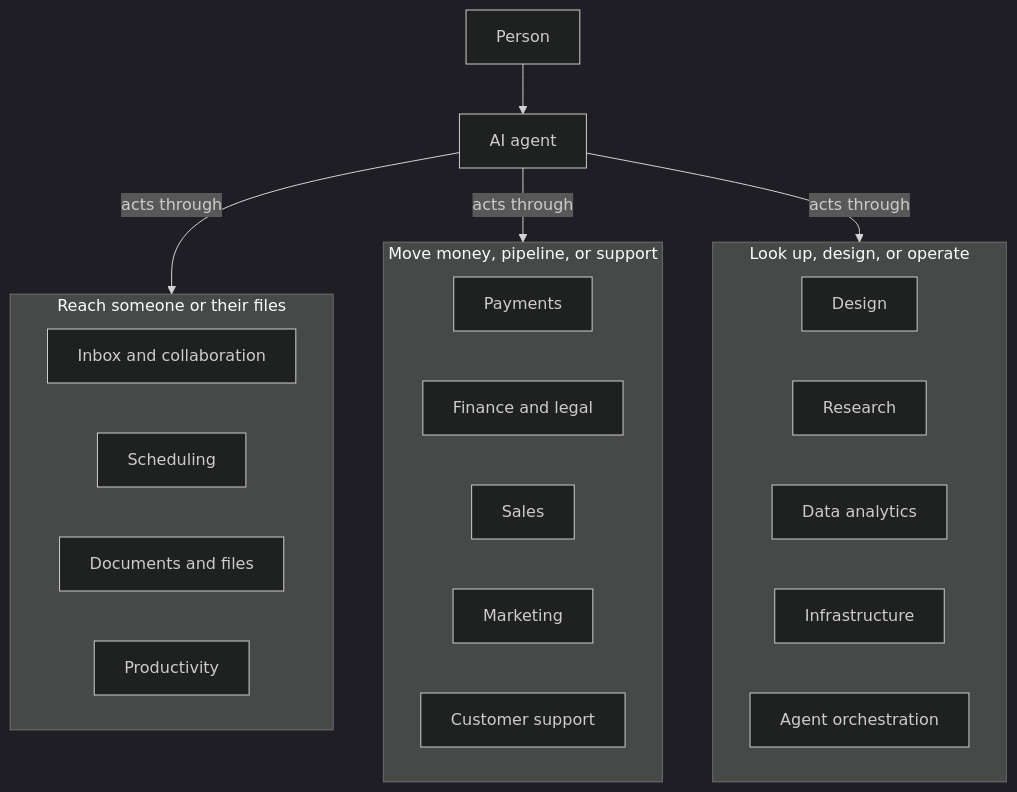
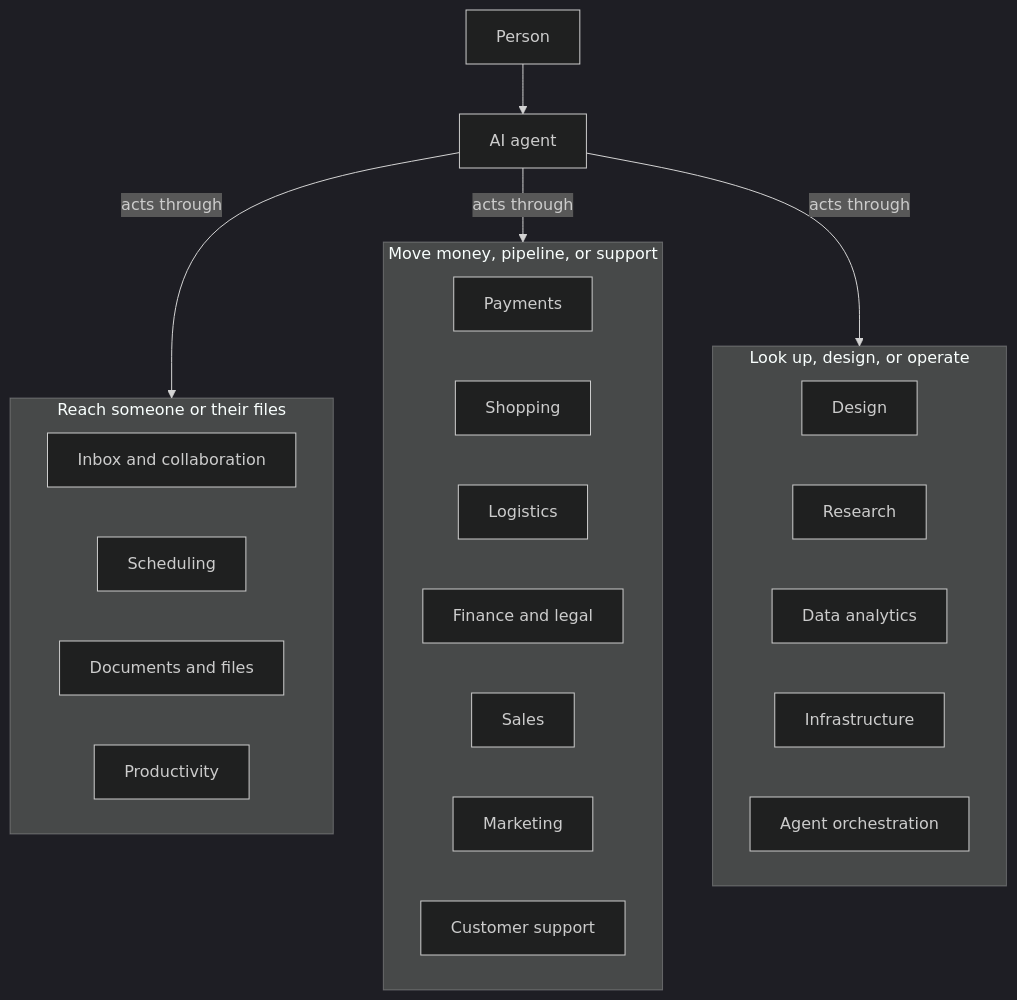
Before and after one commit to 0xWelt/Awesome-Agent-Services: the diagram in README.md, drawn with Mermaid (dark theme). The commit also changed other lines of this file and 38 other files, not shown here.

````diff
--- a/README.md
+++ b/README.md
@@ -24,36 +24,38 @@
 ```mermaid
 flowchart TB
     Person["Person"]
     Agent["AI agent"]
 
     subgraph reach["Reach someone or their files"]
         direction LR
         Inbox["Inbox and collaboration"]
         Schedule["Scheduling"]
         Docs["Documents and files"]
         Prod["Productivity"]
     end
 
     subgraph commerce["Move money, pipeline, or support"]
         direction LR
         Pay["Payments"]
+        Shopn["Shopping"]
+        Logi["Logistics"]
         Fin["Finance and legal"]
         Sales["Sales"]
         Mkt["Marketing"]
         Support["Customer support"]
     end
 
     subgraph platforms["Look up, design, or operate"]
         direction LR
         Design["Design"]
         Research["Research"]
         Data["Data analytics"]
         Infra["Infrastructure"]
         Orch["Agent orchestration"]
     end
 
     Person --> Agent
     Agent -->|acts through| reach
     Agent -->|acts through| commerce
     Agent -->|acts through| platforms
 ```
````
